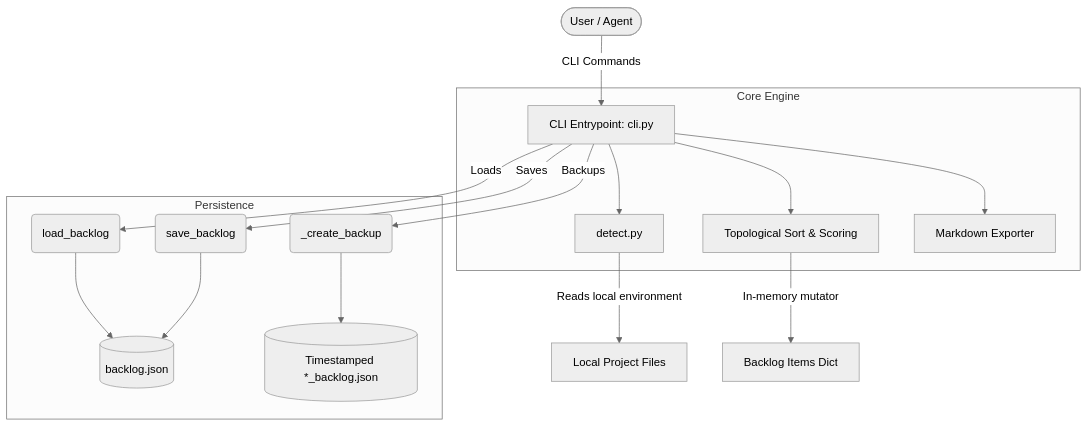
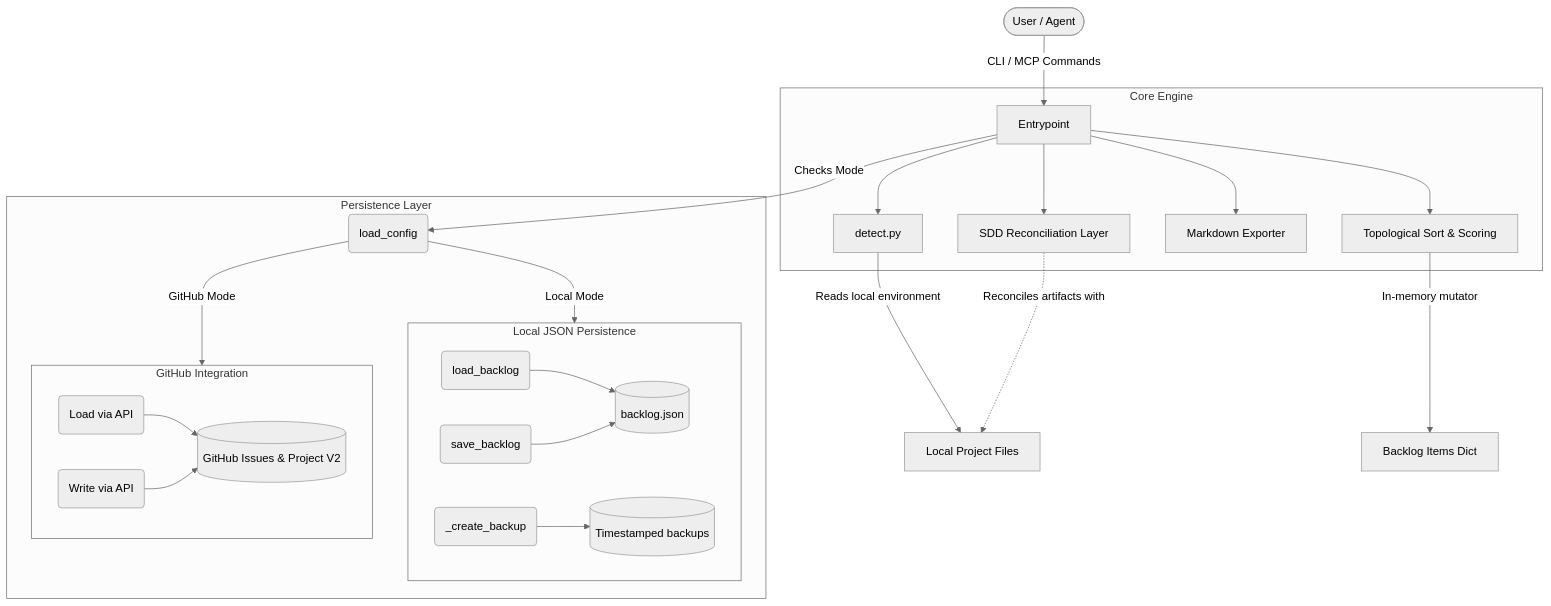
Before and after one commit to aegolius-labs/aio-agentic-sdlc: the diagram in doc/architecture.md, drawn with Mermaid (neutral theme). The commit also changed other lines of this file, not shown here.

Commit message:
docs(architecture): add GitHub mode and SDD reconciliation layer

````diff
--- a/doc/architecture.md
+++ b/doc/architecture.md
@@ -9,23 +9,32 @@
 ```mermaid
 graph TD
-    User([User / Agent]) -->|CLI Commands| CLI[CLI Entrypoint: cli.py]
+    User([User / Agent]) -->|CLI / MCP Commands| CLI[Entrypoint]
     
     subgraph Core Engine
         CLI --> Detect[detect.py]
         CLI --> Sort[Topological Sort & Scoring]
         CLI --> Export[Markdown Exporter]
+        CLI --> SDDRecon[SDD Reconciliation Layer]
     end
     
-    subgraph Persistence
-        CLI -->|Loads| ReadJSON(load_backlog)
-        CLI -->|Saves| WriteJSON(save_backlog)
-        CLI -->|Backups| BackupManager(_create_backup)
+    subgraph Persistence Layer
+        CLI -->|Checks Mode| Config(load_config)
+        Config -->|Local Mode| LocalStore
+        Config -->|GitHub Mode| GHStore
         
-        ReadJSON --> FileDB[(backlog.json)]
-        WriteJSON --> FileDB
-        BackupManager --> BackupFiles[(Timestamped *_backlog.json)]
+        subgraph LocalStore [Local JSON Persistence]
+            ReadJSON(load_backlog) --> FileDB[(backlog.json)]
+            WriteJSON(save_backlog) --> FileDB
+            BackupManager(_create_backup) --> BackupFiles[(Timestamped backups)]
+        end
+        
+        subgraph GHStore [GitHub Integration]
+            ReadGH(Load via API) --> GHIssues[(GitHub Issues & Project V2)]
+            WriteGH(Write via API) --> GHIssues
+        end
     end
 
     Detect -->|Reads local environment| Workspace[Local Project Files]
+    SDDRecon -.->|Reconciles artifacts with| Workspace
     Sort -->|In-memory mutator| Items[Backlog Items Dict]
 ```
````
